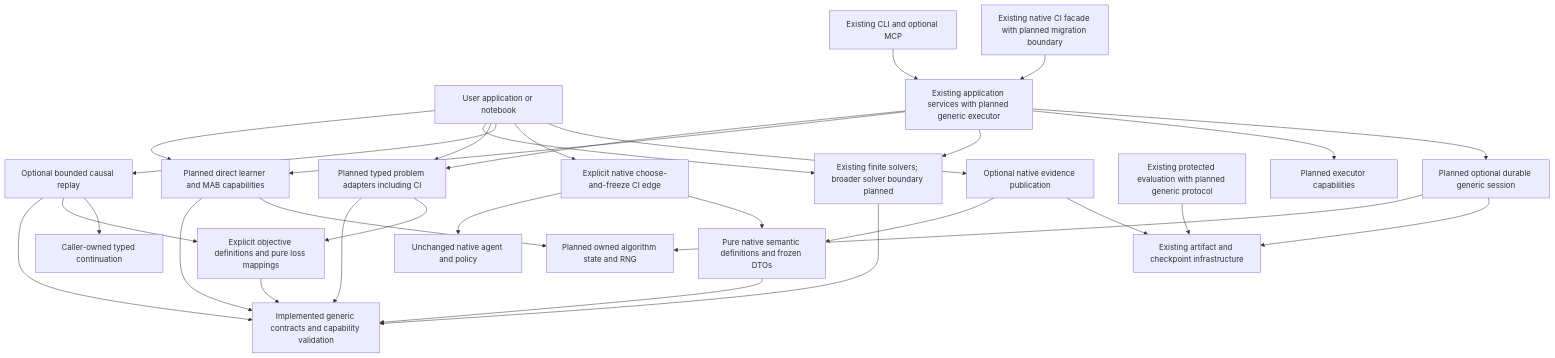
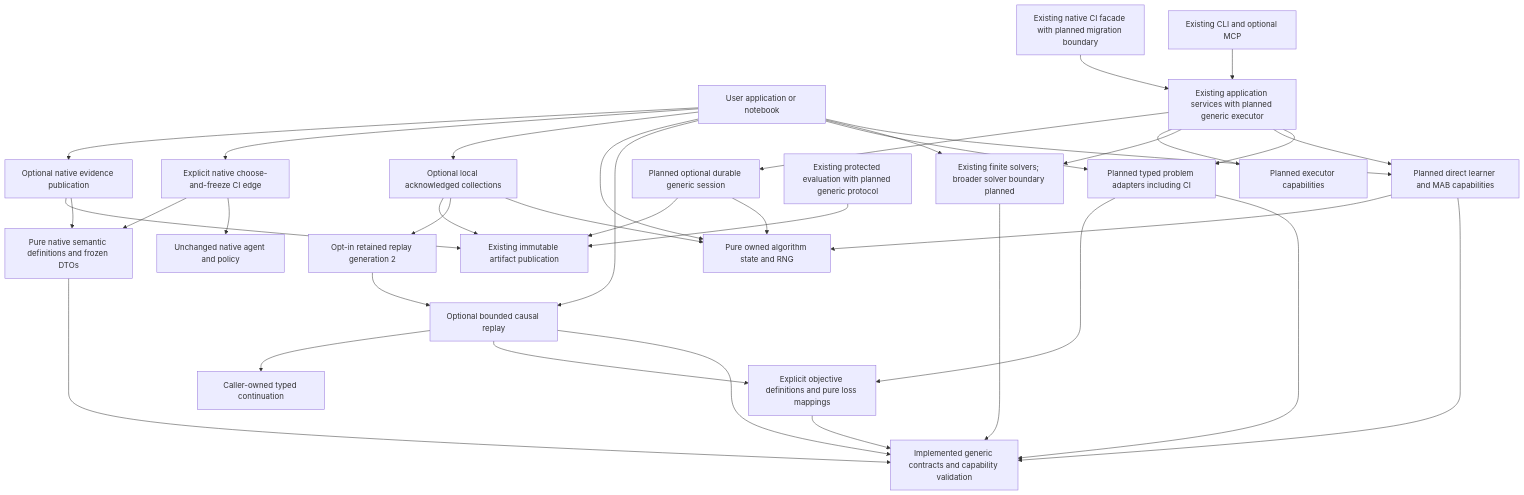
Before and after one commit to jacksonpradolima/coleman: the first of 5 diagrams in docs/v5-architecture.md, drawn with Mermaid. The commit also changed other lines of this file and 61 other files, not shown here.

Commit message:
feat(state): add owned state and acknowledged collection recovery

````diff
--- a/docs/v5-architecture.md
+++ b/docs/v5-architecture.md
@@ -91,33 +96,39 @@
 ```mermaid
 flowchart TD
     Host[User application or notebook] --> DirectLearner[Planned direct learner and MAB capabilities]
     Host --> DirectSolver[Existing finite solvers; broader solver boundary planned]
     Host --> Problem[Planned typed problem adapters including CI]
     Host --> Replay[Optional bounded causal replay]
     Replay --> Contracts
     Replay --> Objectives
     Replay --> Continuation[Caller-owned typed continuation]
     Problem --> Contracts[Implemented generic contracts and capability validation]
     Problem --> Objectives[Explicit objective definitions and pure loss mappings]
     Objectives --> Contracts
     DirectLearner --> Contracts
     DirectSolver --> Contracts
-    DirectLearner --> State[Planned owned algorithm state and RNG]
+    DirectLearner --> State[Pure owned algorithm state and RNG]
+    Host --> State
+    Host --> LocalStore[Optional local acknowledged collections]
+    LocalStore --> State
+    LocalStore --> Retained[Opt-in retained replay generation 2]
+    Retained --> Replay
+    LocalStore --> Storage[Existing immutable artifact publication]
     Service[Existing application services with planned generic executor] --> Problem
     Service --> DirectLearner
     Service --> DirectSolver
     Service --> Execution[Planned executor capabilities]
     Service --> Session[Planned optional durable generic session]
     Session --> State
-    Session --> Storage[Existing artifact and checkpoint infrastructure]
+    Session --> Storage
     Evidence[Existing protected evaluation with planned generic protocol] --> Storage
     Transport[Existing CLI and optional MCP] --> Service
     Legacy[Existing native CI facade with planned migration boundary] --> Service
     Host --> NativeCapture[Explicit native choose-and-freeze CI edge]
     NativeCapture --> NativeRuntime[Unchanged native agent and policy]
     NativeCapture --> NativeDefinitions[Pure native semantic definitions and frozen DTOs]
     NativeDefinitions --> Contracts
     Host --> NativePublication[Optional native evidence publication]
     NativePublication --> NativeDefinitions
     NativePublication --> Storage
 ```
````
